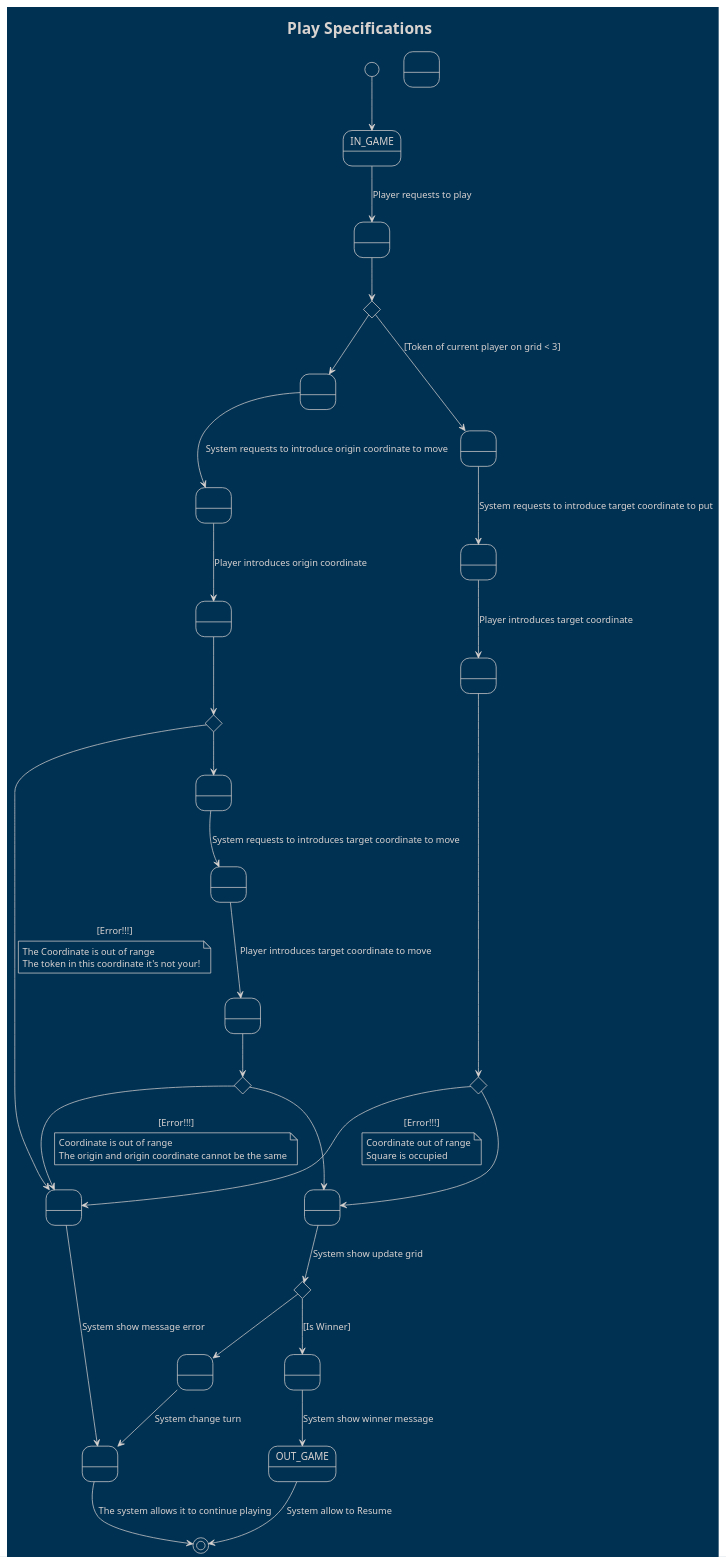
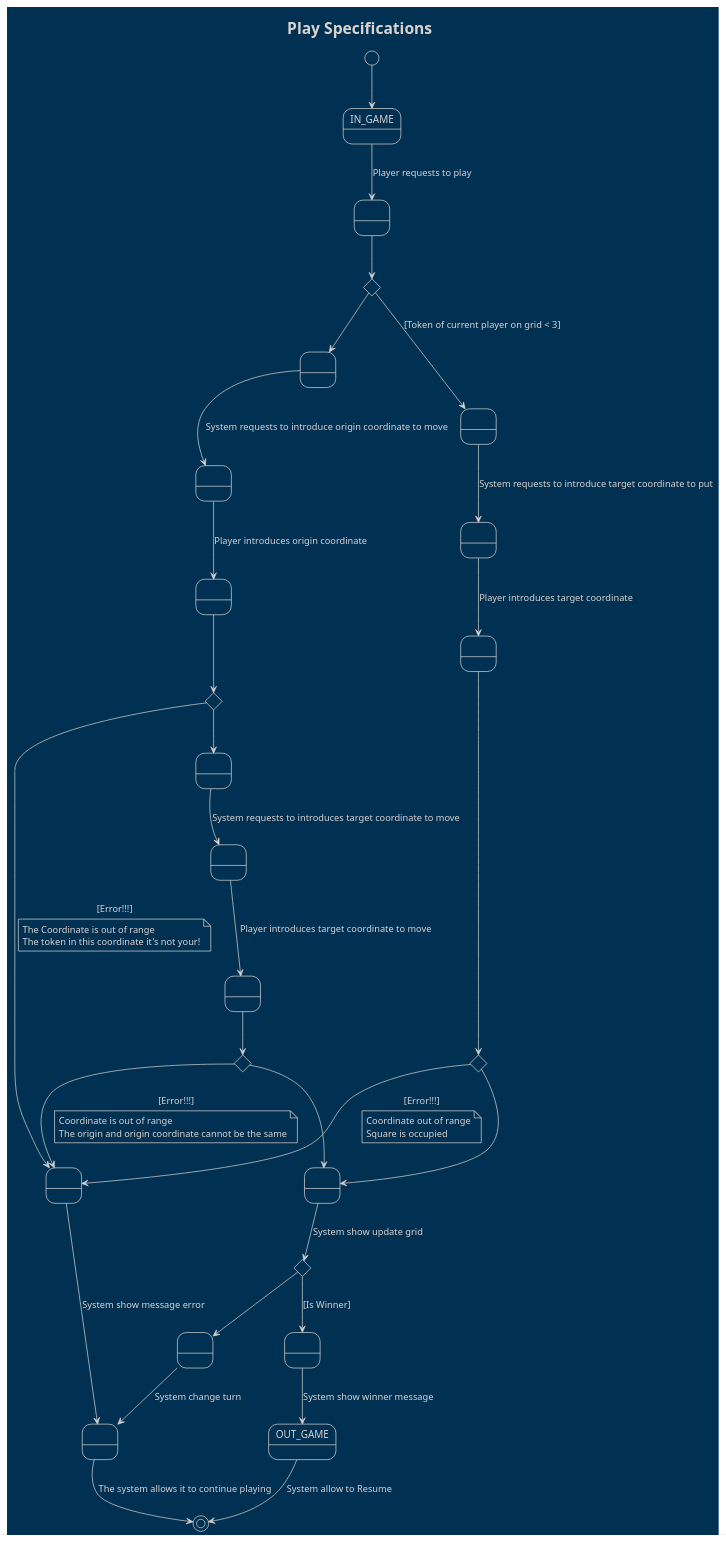
The fifth of 6 diagrams in src/DomainModel/WithMachine/Docs/Requirement.plantuml (franpaulinoinfante/TicTacToe), drawn with PlantUML before and after one commit.

```diff
--- a/src/DomainModel/WithMachine/Docs/Requirement.plantuml
+++ b/src/DomainModel/WithMachine/Docs/Requirement.plantuml
@@ -98,70 +98,69 @@
 @startuml Play Specifications
     !theme blueprint
 
     title Play Specifications
     
     state IN_GAME
     state OUT_GAME
     state A as " "
     state B as " "
     state C as " "
     state D as " "
     state E as " "
     state F as " "
     state G as " "
     state H as " "
     state I as " "
     state K as " "
     state L as " "
     state M as " "
     state N as " "
     state O as " "
     state P as " "
-    state Q as " "
     state if1 <<choice>>
     state if2 <<choice>>
     state if3 <<choice>>
     state if4 <<choice>>
     state if5 <<choice>>
 
     [*] --> IN_GAME
     IN_GAME --> A : Player requests to play
     A --> if1
         if1 --> B  : [Token of current player on grid < 3]
         B --> C : System requests to introduce target coordinate to put
         C --> D : Player introduces target coordinate
         D --> if2
             if2 --> E 
             E --> if3 : System show update grid
                 if3 --> F
                 F --> G : System change turn
                 G --> [*] : The system allows it to continue playing
             if3 --> H : [Is Winner]
             H --> OUT_GAME : System show winner message
         if2 --> I : [Error!!!]
             note on link
                 Coordinate out of range
                 Square is occupied
             endnote
         I --> G : System show message error
     if1 --> K
     K --> L : System requests to introduce origin coordinate to move
     L --> M : Player introduces origin coordinate
     M --> if4
         if4 --> N 
         N --> O : System requests to introduces target coordinate to move
         O --> P : Player introduces target coordinate to move
         P --> if5
             if5 --> E
         if5 --> I : [Error!!!]
             note on link
                 Coordinate is out of range
                 The origin and origin coordinate cannot be the same
             endnote
     if4 --> I : [Error!!!]        
         note on link
             The Coordinate is out of range
             The token in this coordinate it's not your!
         endnote      
     OUT_GAME --> [*] : System allow to Resume
 @enduml
```
